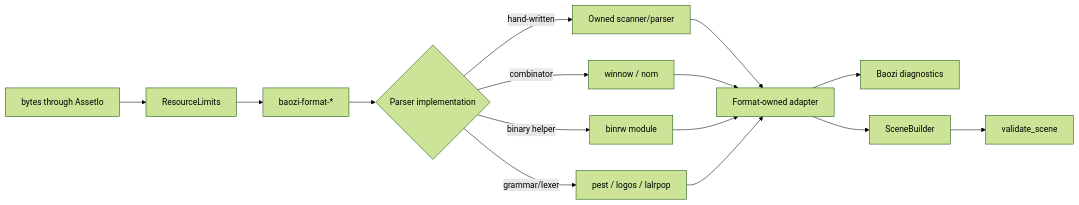
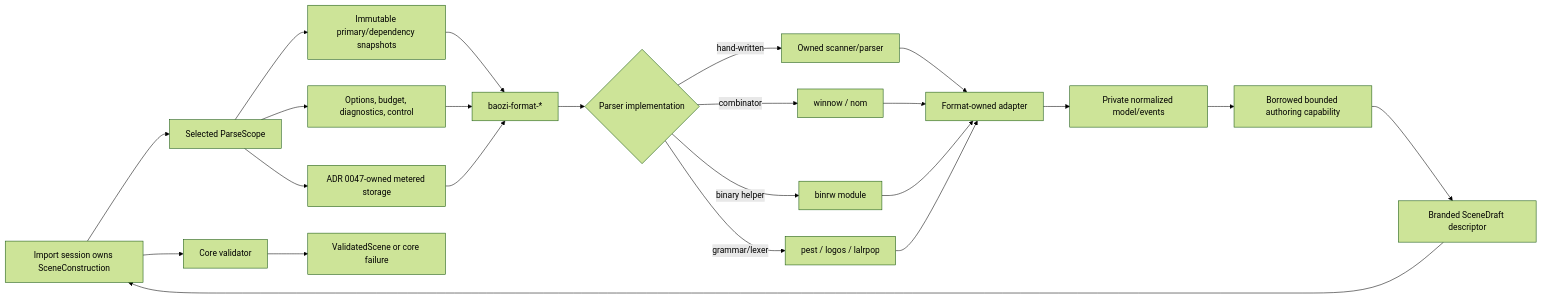
Before and after one commit to Latias94/baozi: the first of 2 diagrams in docs/adr/0018-parser-tooling-and-format-owned-parser-policy.md, drawn with Mermaid (forest theme). The commit also changed other lines of this file and 978 other files, not shown here.

First line of the commit message:
refactor: deliver typed scene workflows and bounded imports (#3)

````diff
--- a/docs/adr/0018-parser-tooling-and-format-owned-parser-policy.md
+++ b/docs/adr/0018-parser-tooling-and-format-owned-parser-policy.md
@@ -73,17 +94,25 @@
 ```mermaid
 flowchart LR
-    Input[bytes through AssetIo] --> Limits[ResourceLimits]
-    Limits --> FormatCrate[baozi-format-*]
+    Session[Import session owns SceneConstruction] --> Scope[Selected ParseScope]
+    Scope --> Input[Immutable primary/dependency snapshots]
+    Scope --> Capabilities[Options, budget, diagnostics, control]
+    Scope --> Storage[ADR 0047-owned metered storage]
+    Input --> FormatCrate[baozi-format-*]
+    Capabilities --> FormatCrate
+    Storage --> FormatCrate
     FormatCrate --> Tool{Parser implementation}
     Tool -->|hand-written| Owned[Owned scanner/parser]
     Tool -->|combinator| Combinator[winnow / nom]
     Tool -->|binary helper| Binary[binrw module]
     Tool -->|grammar/lexer| Generated[pest / logos / lalrpop]
     Owned --> Adapter[Format-owned adapter]
     Combinator --> Adapter
     Binary --> Adapter
     Generated --> Adapter
-    Adapter --> Diagnostics[Baozi diagnostics]
-    Adapter --> Builder[SceneBuilder]
-    Builder --> Validator[validate_scene]
+    Adapter --> Normalized[Private normalized model/events]
+    Normalized --> Author[Borrowed bounded authoring capability]
+    Author --> Draft[Branded SceneDraft descriptor]
+    Draft --> Session
+    Session --> Validator[Core validator]
+    Validator --> Validated[ValidatedScene or core failure]
 ```
````
